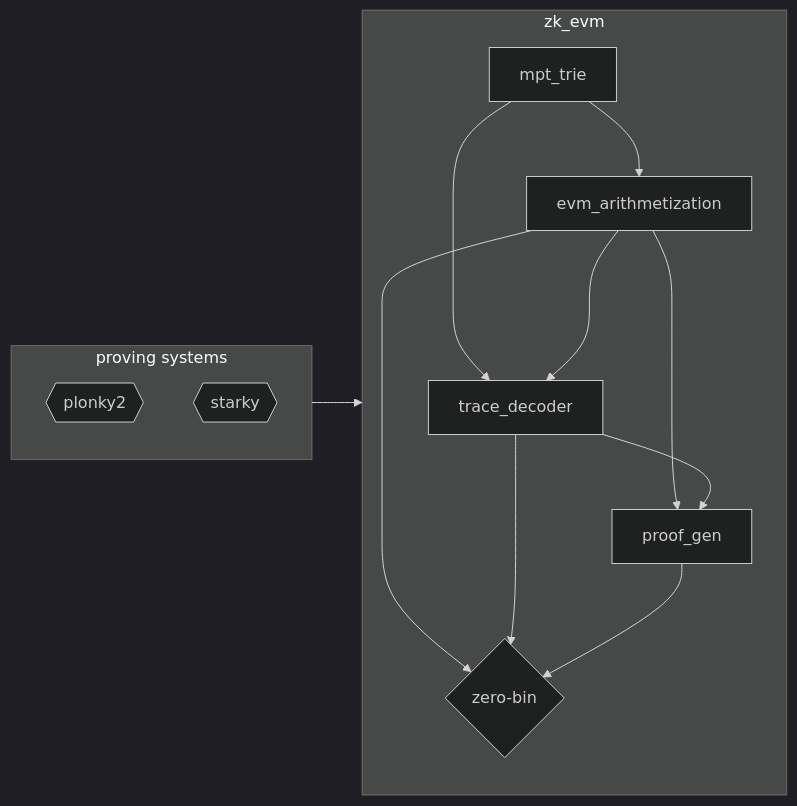
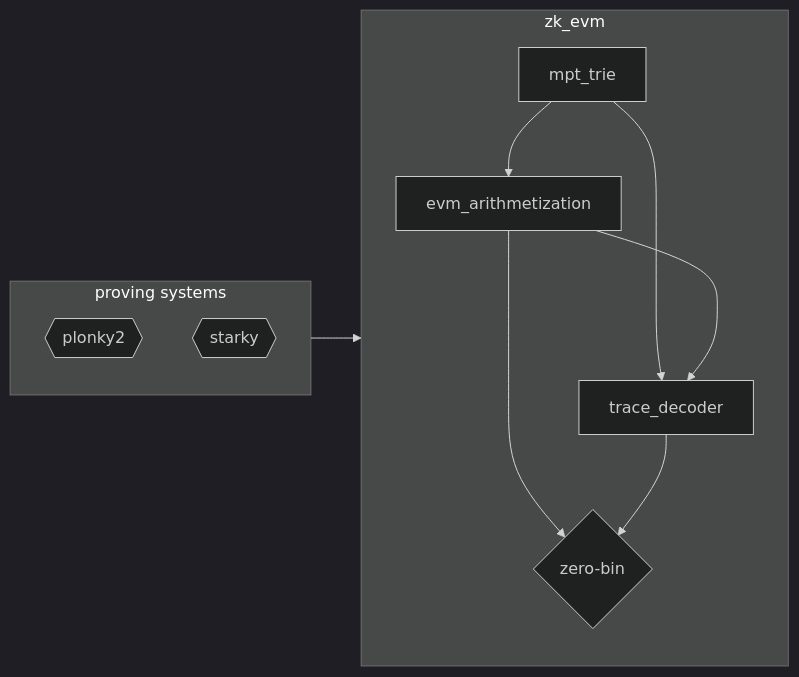
Before and after one commit to 0xPolygonZero/zk_evm: the diagram in README.md, drawn with Mermaid. The commit also changed other lines of this file and 27 other files, not shown here.

Commit message:
Remove proof_gen crate

````diff
--- a/README.md
+++ b/README.md
@@ -33,28 +31,24 @@
 ```mermaid
 %%{init: {'theme':'dark'}}%%
 flowchart LR
     subgraph ps [proving systems]
     A1{{plonky2}}
     A2{{starky}}
     end
 
     ps --> zk_evm
 
     subgraph zk_evm [zk_evm]
     B[mpt_trie]
     C[evm_arithmetization]
     D[trace_decoder]
-    E[proof_gen]
 
     B --> C
     B ---> D
     C ---> D
-    C --> E
-    D --> E
 
     F{zero-bin}
     C --> F
     D --> F
-    E --> F
     end
 ```
````
